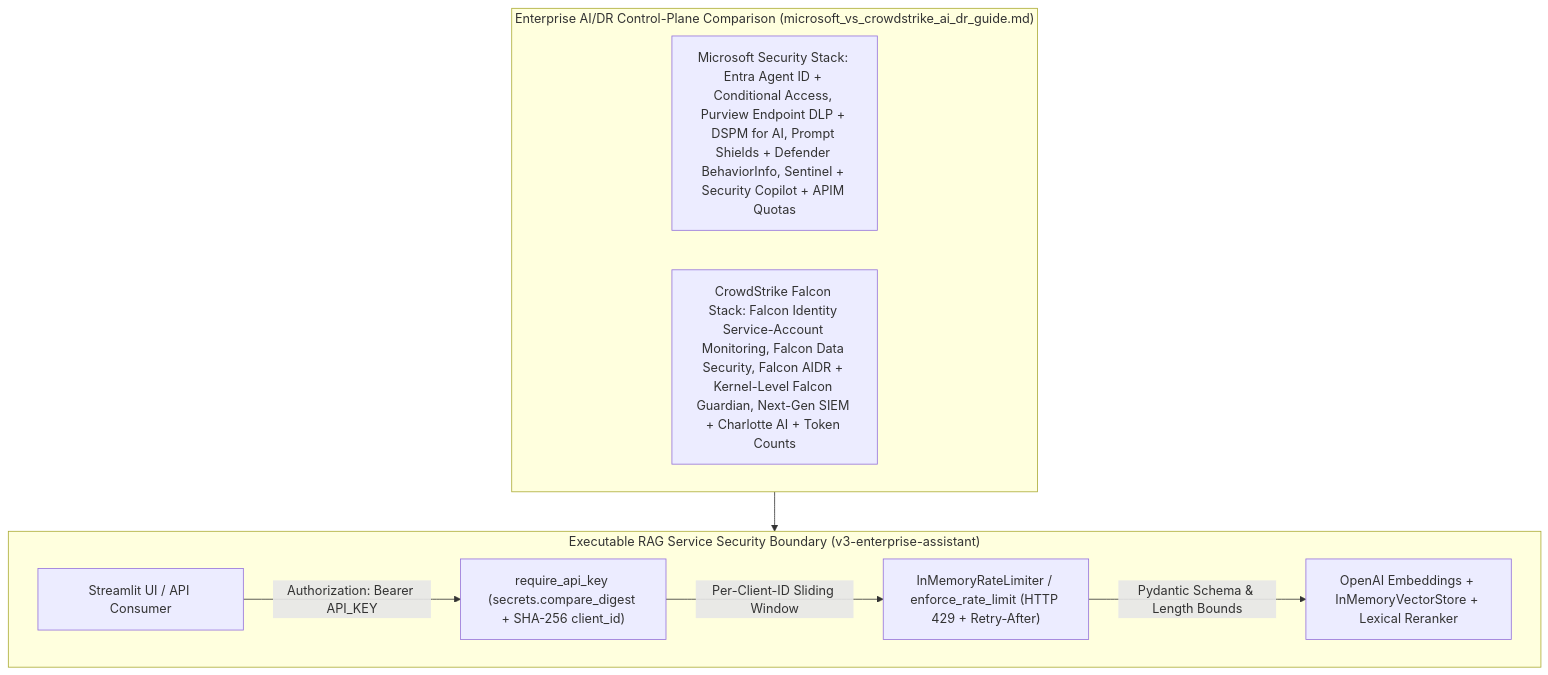
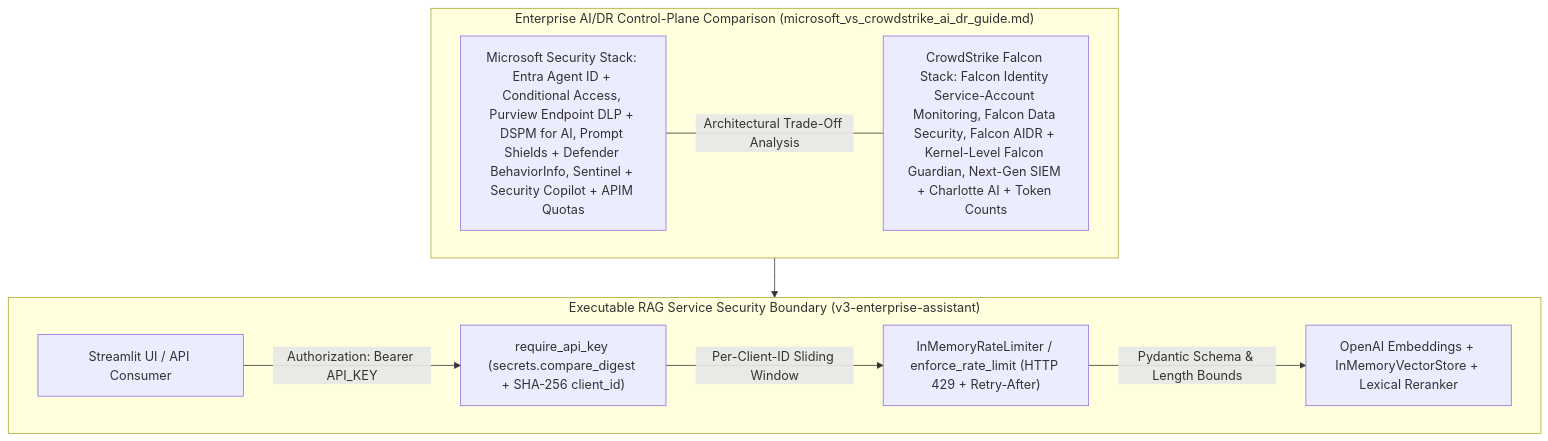
One commit to 86sunbot/portfolio changed the second of 2 diagrams in security-architecture.md. Above: the diagram before and after it, drawn with Mermaid.

Commit message:
Improve Mermaid control-plane subgraph layout in security-architecture.md

````diff
--- a/security-architecture.md
+++ b/security-architecture.md
@@ -33,16 +33,16 @@
 ```mermaid
 flowchart TD
     subgraph ControlPlanes ["Enterprise AI/DR Control-Plane Comparison (microsoft_vs_crowdstrike_ai_dr_guide.md)"]
         direction LR
-        MS["Microsoft Security Stack: Entra Agent ID + Conditional Access, Purview Endpoint DLP + DSPM for AI, Prompt Shields + Defender BehaviorInfo, Sentinel + Security Copilot + APIM Quotas"]
-        CS["CrowdStrike Falcon Stack: Falcon Identity Service-Account Monitoring, Falcon Data Security, Falcon AIDR + Kernel-Level Falcon Guardian, Next-Gen SIEM + Charlotte AI + Token Counts"]
+        MS["Microsoft Security Stack: Entra Agent ID + Conditional Access, Purview Endpoint DLP + DSPM for AI, Prompt Shields + Defender BehaviorInfo, Sentinel + Security Copilot + APIM Quotas"] ---|"Architectural Trade-Off Analysis"| CS["CrowdStrike Falcon Stack: Falcon Identity Service-Account Monitoring, Falcon Data Security, Falcon AIDR + Kernel-Level Falcon Guardian, Next-Gen SIEM + Charlotte AI + Token Counts"]
     end
 
     subgraph RAGService ["Executable RAG Service Security Boundary (v3-enterprise-assistant)"]
+        direction LR
         Client["Streamlit UI / API Consumer"] -->|"Authorization: Bearer API_KEY"| Auth["require_api_key (secrets.compare_digest + SHA-256 client_id)"]
         Auth -->|"Per-Client-ID Sliding Window"| RL["InMemoryRateLimiter / enforce_rate_limit (HTTP 429 + Retry-After)"]
         RL -->|"Pydantic Schema & Length Bounds"| Engine["OpenAI Embeddings + InMemoryVectorStore + Lexical Reranker"]
     end
 
     ControlPlanes --> RAGService
 ```
````
